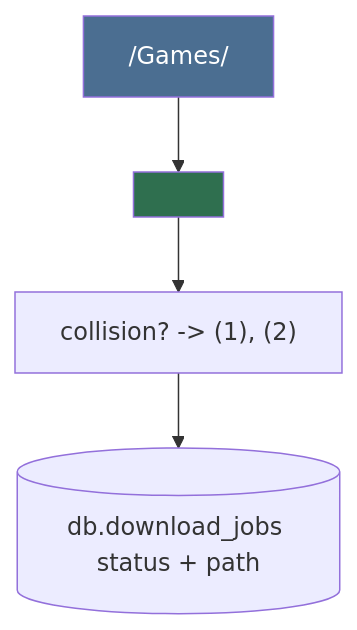
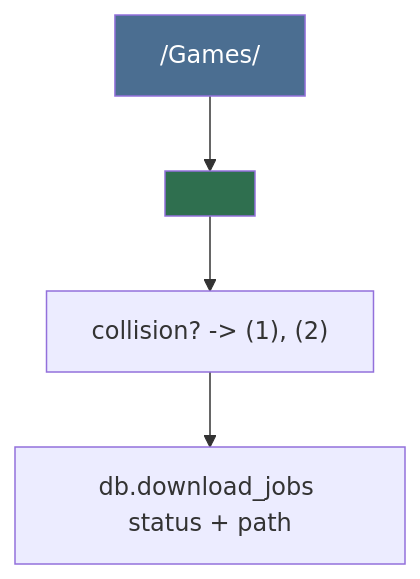
One commit to HELIX-Origin/LewdZone-Launcher changed the second of 2 diagrams in .agents/agents/dm/dm.md. Above: the diagram before and after it, drawn with Mermaid. The commit also changed other lines of this file and 35 other files, not shown here.

First line of the commit message:
🎨 fix(agents): make all mermaid diagrams Rule 09 compliant

````diff
--- a/.agents/agents/dm/dm.md
+++ b/.agents/agents/dm/dm.md
@@ -64,11 +64,11 @@
 ```mermaid
 flowchart TD
     ROOT["<DownloadRoot>/Games/<Title>/"]
     NF["<Title> - <Version> - <Platform>[- <Variant>].<ext>"]
     ROOT --> NF
     NF --> COL["collision? -> (1), (2)"]
-    COL --> DB[("db.download_jobs status + path")]
+    COL --> DB[""db.download_jobs status + path""]
 
     style ROOT fill:#4b6e91,color:#fff
     style NF fill:#2f6f4f,color:#fff
 ```
````
